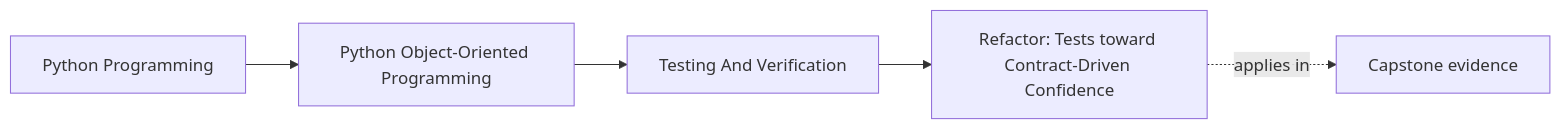
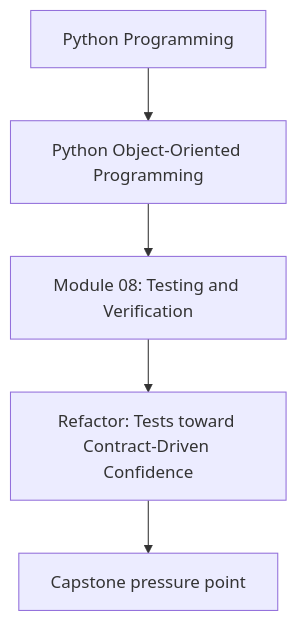
Before and after one commit to bijux/bijux-masterclass: the first of 2 diagrams in programs/python-programming/python-object-oriented-programming/course-book/module-08-testing-and-verification/refactor-tests-toward-contract-driven-confidence.md, drawn with Mermaid. The commit also changed other lines of this file and 107 other files, not shown here.

Commit message:
docs(python-object-oriented-programming): align concept page diagrams

````diff
--- a/programs/python-programming/python-object-oriented-programming/course-book/module-08-testing-and-verification/refactor-tests-toward-contract-driven-confidence.md
+++ b/programs/python-programming/python-object-oriented-programming/course-book/module-08-testing-and-verification/refactor-tests-toward-contract-driven-confidence.md
@@ -7,11 +7,7 @@
 ```mermaid
-graph LR
-  family["Python Programming"]
-  program["Python Object-Oriented Programming"]
-  section["Testing And Verification"]
-  page["Refactor: Tests toward Contract-Driven Confidence"]
-  capstone["Capstone evidence"]
-
-  family --> program --> section --> page
-  page -.applies in.-> capstone
+flowchart TD
+  family["Python Programming"] --> program["Python Object-Oriented Programming"]
+  program --> module["Module 08: Testing and Verification"]
+  module --> concept["Refactor: Tests toward Contract-Driven Confidence"]
+  concept --> capstone["Capstone pressure point"]
 ```
````
